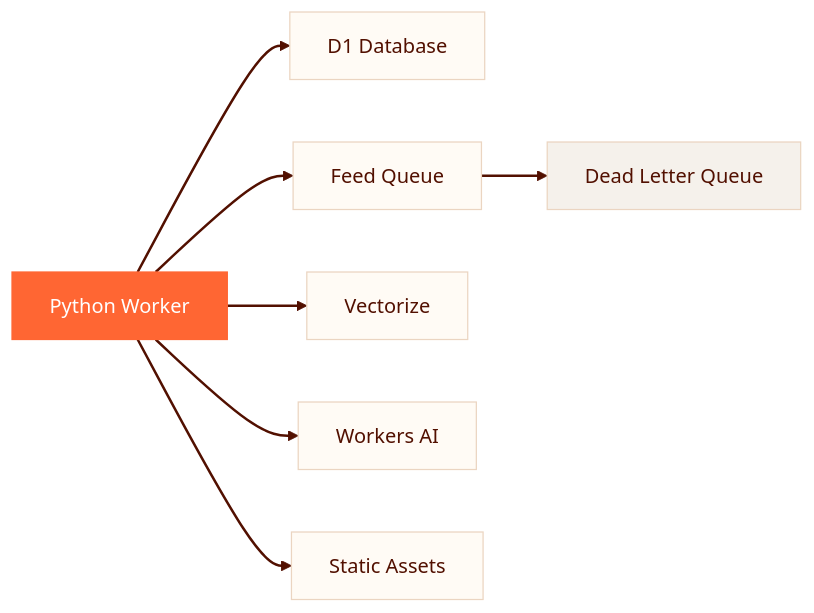
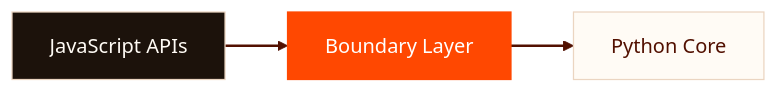
One commit to adewale/slide-maker changed the diagram in generated-decks/planet-cf/slides.md. Above: the diagram before and after it, drawn with Mermaid. The commit also changed other lines of this file and 55 other files, not shown here.

````diff
--- a/generated-decks/planet-cf/slides.md
+++ b/generated-decks/planet-cf/slides.md
@@ -60,17 +93,9 @@
 ```mermaid {scale: 0.8}
 graph LR
-  W["Python Worker"] --> D1["D1 Database"]
-  W --> Q["Feed Queue"]
-  W --> V["Vectorize"]
-  W --> AI["Workers AI"]
-  W --> A["Static Assets"]
-  Q --> DLQ["Dead Letter Queue"]
-  style W fill:#ff6633,stroke:#ff6633,color:#fff
-  style D1 fill:#fffbf5,stroke:#ebd5c1,color:#521000
-  style Q fill:#fffbf5,stroke:#ebd5c1,color:#521000
-  style V fill:#fffbf5,stroke:#ebd5c1,color:#521000
-  style AI fill:#fffbf5,stroke:#ebd5c1,color:#521000
-  style A fill:#fffbf5,stroke:#ebd5c1,color:#521000
-  style DLQ fill:#f5f1eb,stroke:#ebd5c1,color:#521000
+  JS["JavaScript APIs"] --> BL["Boundary Layer"]
+  BL --> PY["Python Core"]
+  style JS fill:#1c120b,stroke:#ebd5c1,color:#fffbf5
+  style BL fill:#ff4801,stroke:#ff4801,color:#fff
+  style PY fill:#fffbf5,stroke:#ebd5c1,color:#521000
   linkStyle default stroke:#521000,stroke-width:2px
 ```
````
